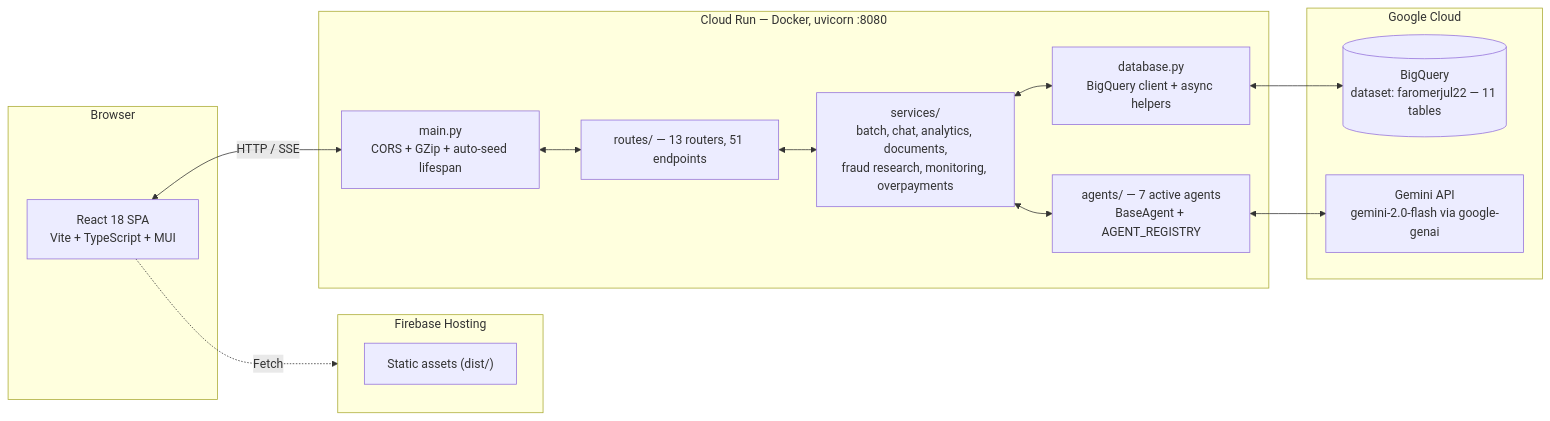
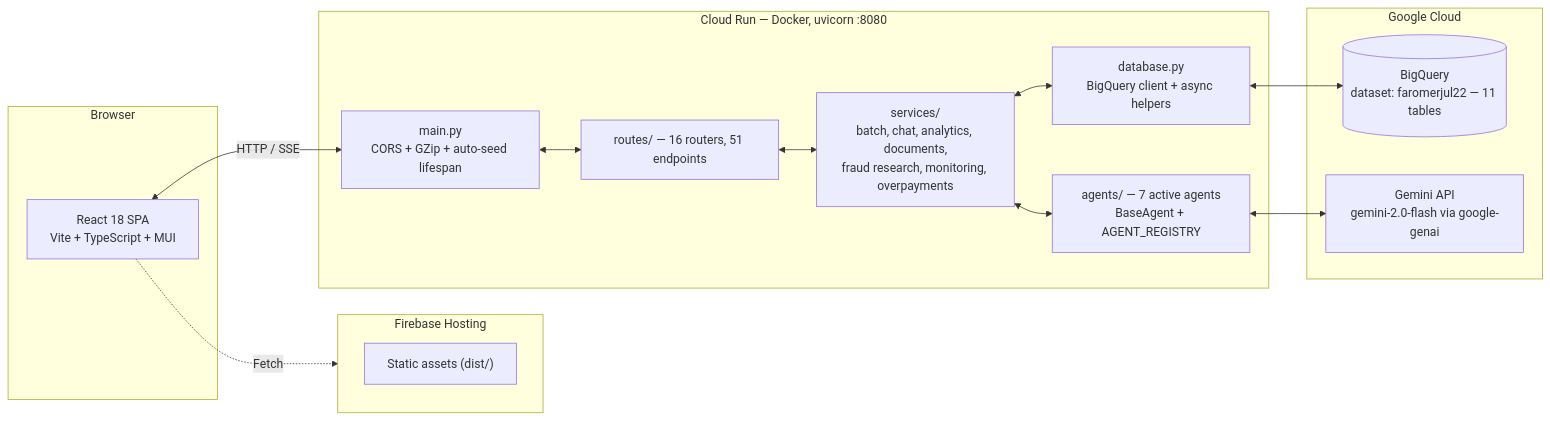
Before and after one commit to farahomer1/cms-fraud-shield3: the first of 3 diagrams in README.md, drawn with Mermaid. The commit also changed other lines of this file, not shown here.

Commit message:
docs: update API router count in README to 16

````diff
--- a/README.md
+++ b/README.md
@@ -80,32 +80,32 @@
 ```mermaid
 flowchart LR
     subgraph Browser
         UI["React 18 SPA<br/>Vite + TypeScript + MUI"]
     end
 
     subgraph FirebaseHosting["Firebase Hosting"]
         STATIC["Static assets (dist/)"]
     end
 
     subgraph CloudRun["Cloud Run — Docker, uvicorn :8080"]
         MAIN["main.py<br/>CORS + GZip + auto-seed lifespan"]
-        ROUTES["routes/ — 13 routers, 51 endpoints"]
+        ROUTES["routes/ — 16 routers, 51 endpoints"]
         SERVICES["services/<br/>batch, chat, analytics, documents,<br/>fraud research, monitoring, overpayments"]
         AGENTS["agents/ — 7 active agents<br/>BaseAgent + AGENT_REGISTRY"]
         DB["database.py<br/>BigQuery client + async helpers"]
     end
 
     subgraph GoogleCloud["Google Cloud"]
         BQ[("BigQuery<br/>dataset: faromerjul22 — 11 tables")]
         GEMINI["Gemini API<br/>gemini-2.0-flash via google-genai"]
     end
 
     UI <-->|HTTP / SSE| MAIN
     UI -.->|Fetch| FirebaseHosting
     MAIN <--> ROUTES
     ROUTES <--> SERVICES
     SERVICES <--> AGENTS
     SERVICES <--> DB
     AGENTS <--> GEMINI
     DB <--> BQ
 ```
````
